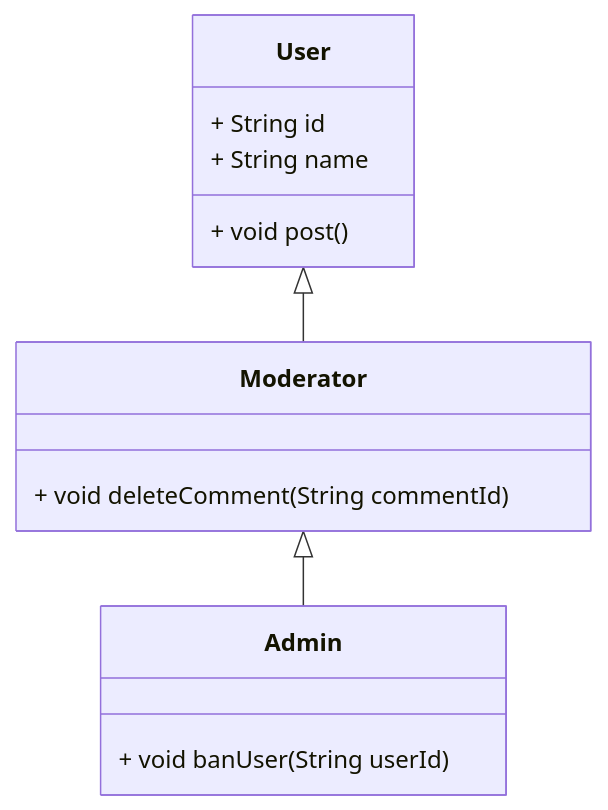
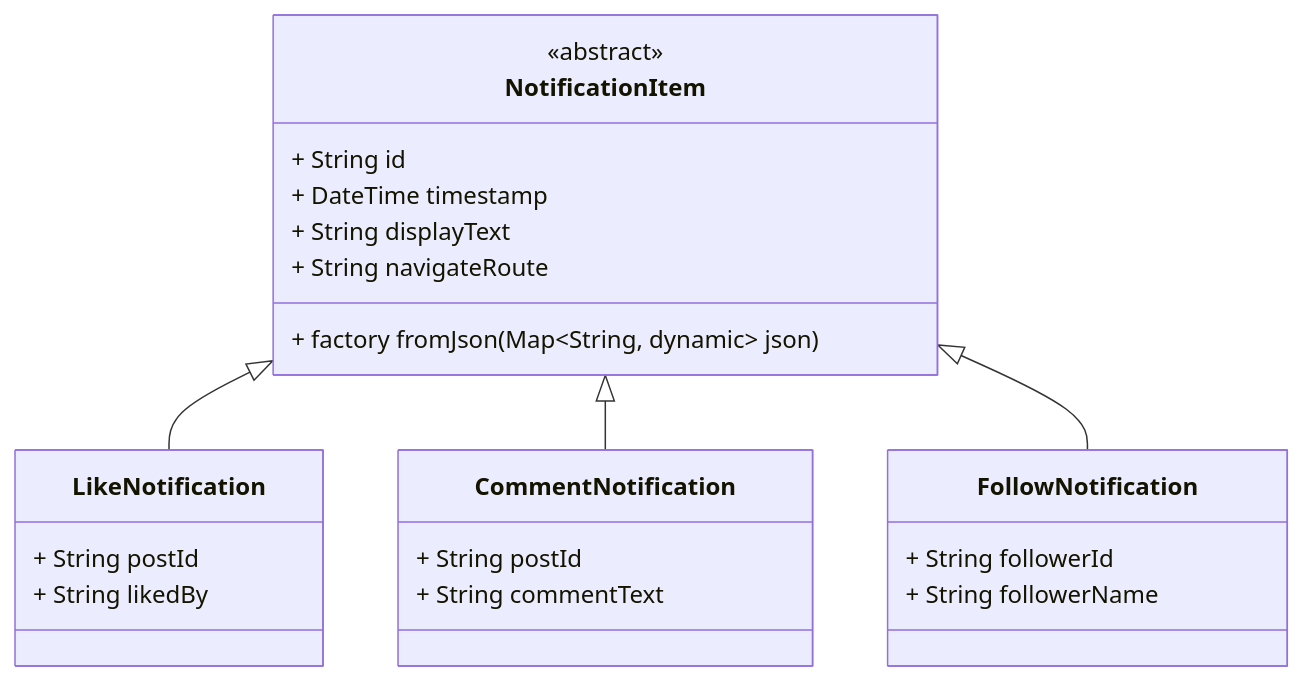
One commit to ArafatRohan93/dart_intermediate_bootcamp changed the diagram in OOP/inheritance.md. Above: the diagram before and after it, drawn with Mermaid. The commit also changed other lines of this file and 5 other files, not shown here.

````diff
--- a/OOP/inheritance.md
+++ b/OOP/inheritance.md
@@ -30,19 +72,30 @@
 ```mermaid
 classDiagram
-    class User {
+    class NotificationItem {
+        <<abstract>>
         + String id
-        + String name
-        + void post()
+        + DateTime timestamp
+        + String displayText
+        + String navigateRoute
+        + factory fromJson(Map~String, dynamic~ json)
     }
 
-    class Moderator {
-        + void deleteComment(String commentId)
+    class LikeNotification {
+        + String postId
+        + String likedBy
     }
 
-    class Admin {
-        + void banUser(String userId)
+    class CommentNotification {
+        + String postId
+        + String commentText
     }
 
-    User <|-- Moderator
-    Moderator <|-- Admin
+    class FollowNotification {
+        + String followerId
+        + String followerName
+    }
+
+    NotificationItem <|-- LikeNotification
+    NotificationItem <|-- CommentNotification
+    NotificationItem <|-- FollowNotification
 ```
````
